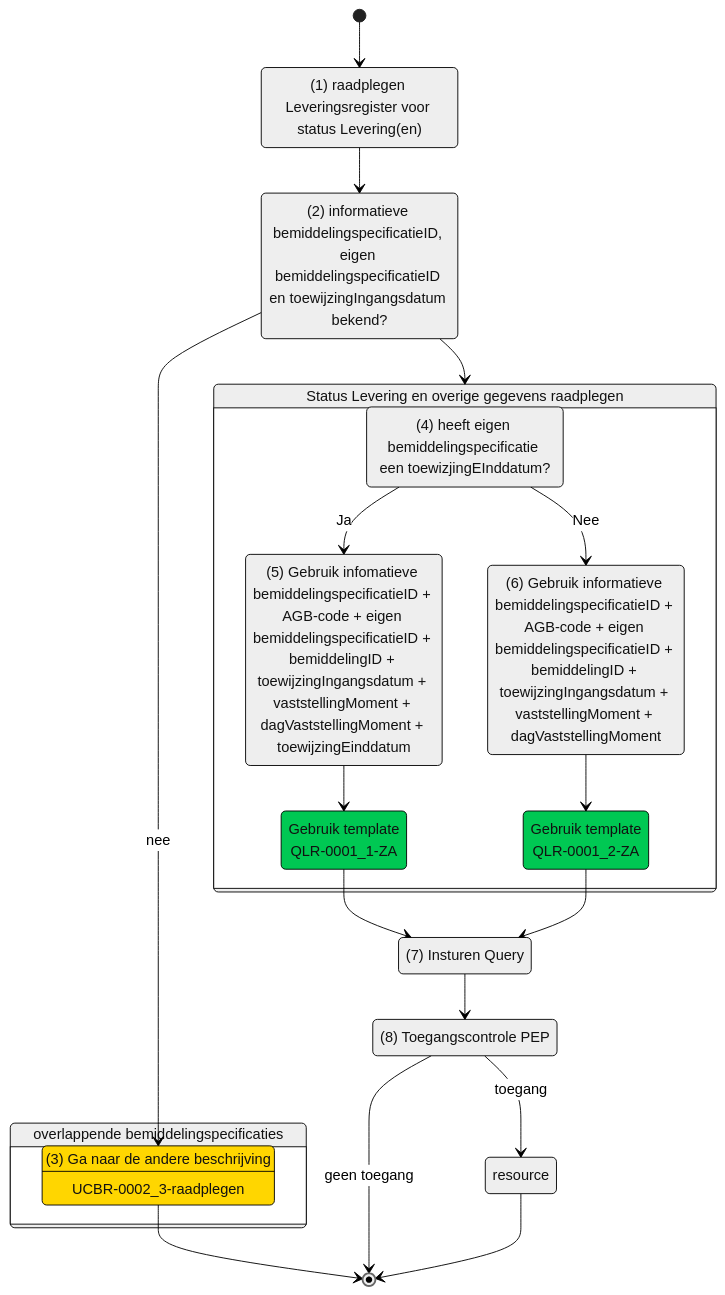
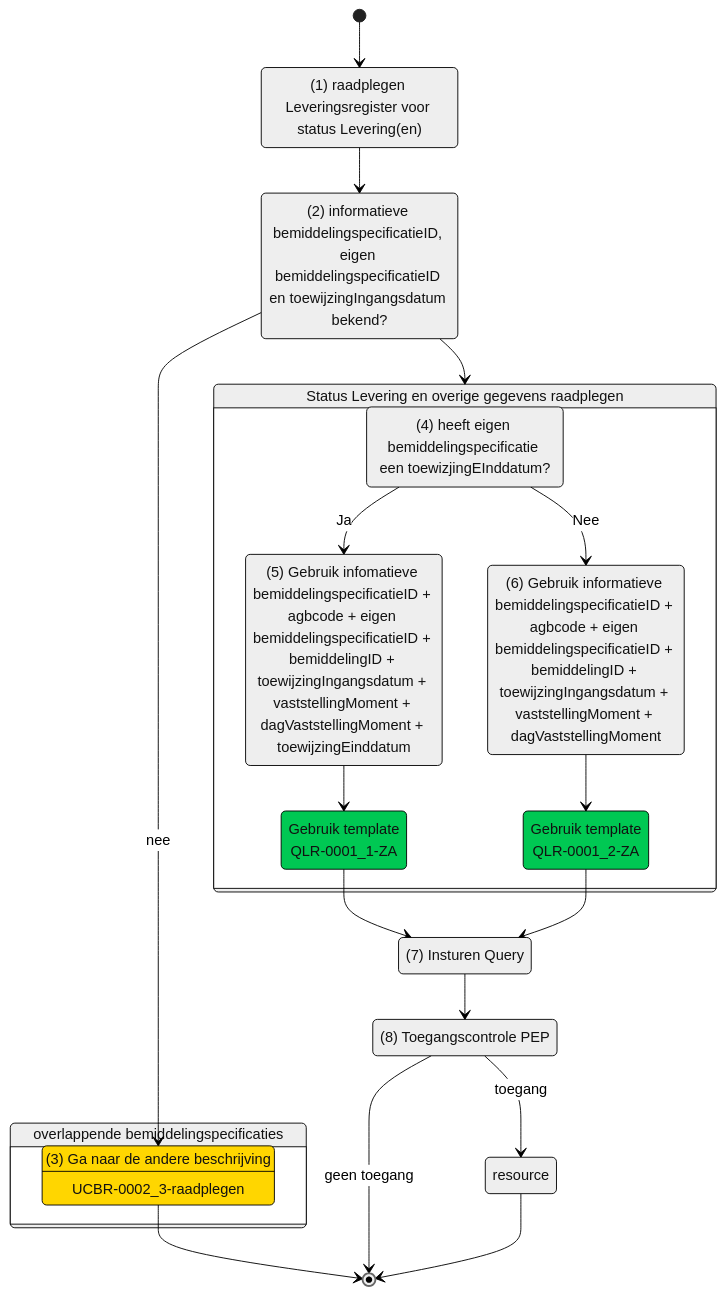
The second of 2 diagrams in raadplegen/aanbieder/UCLR-0001-raadplegen.md (iStandaarden/iWlz-levering), drawn with Mermaid before and after one commit. The commit also changed other lines of this file and 3 other files, not shown here.

````diff
--- a/raadplegen/aanbieder/UCLR-0001-raadplegen.md
+++ b/raadplegen/aanbieder/UCLR-0001-raadplegen.md
@@ -55,52 +55,52 @@
 ```mermaid
 ---
 config:
   theme: neutral
   look: classic
 ---
 stateDiagram
   direction TB
   state bemiddelingspecificatie {
     direction TB
     notifyWait
   }
   state s3 {
     direction TB
     s6 --> raadplegen1:Ja
     s6 --> s4:Nee
     raadplegen1 --> query
     s4 --> s7
     s6
     raadplegen1
     s4
     query
     s7
   }
   [*] --> raadplegen
   raadplegen --> idAvailable
   idAvailable --> notifyWait:nee
   notifyWait --> [*]
   query --> SENT
   SENT --> PEP
   PEP --> [*]:geen toegang
   PEP --> resource:toegang
   resource --> [*]
   idAvailable --> s3
   s7 --> SENT
   bemiddelingspecificatie:overlappende bemiddelingspecificaties
   notifyWait:(3) Ga naar de andere beschrijving
 notifyWait:UCBR-0002_3-raadplegen
 
   s3:Status Levering en overige gegevens raadplegen
   s6:(4) heeft eigen bemiddelingspecificatie een toewizjingEInddatum?
-  raadplegen1:(5) Gebruik infomatieve bemiddelingspecificatieID + AGB-code + eigen bemiddelingspecificatieID + bemiddelingID + toewijzingIngangsdatum + vaststellingMoment + dagVaststellingMoment + toewijzingEinddatum
-  s4:(6) Gebruik informatieve bemiddelingspecificatieID + AGB-code + eigen bemiddelingspecificatieID + bemiddelingID + toewijzingIngangsdatum + vaststellingMoment + dagVaststellingMoment
+  raadplegen1:(5) Gebruik infomatieve bemiddelingspecificatieID + agbcode + eigen bemiddelingspecificatieID + bemiddelingID + toewijzingIngangsdatum + vaststellingMoment + dagVaststellingMoment + toewijzingEinddatum
+  s4:(6) Gebruik informatieve bemiddelingspecificatieID + agbcode + eigen bemiddelingspecificatieID + bemiddelingID + toewijzingIngangsdatum + vaststellingMoment + dagVaststellingMoment
   query:Gebruik template <br>QLR-0001_1-ZA
   s7:Gebruik template <br>QLR-0001_2-ZA
   raadplegen:(1) raadplegen Leveringsregister voor status Levering(en)
   idAvailable:(2) informatieve bemiddelingspecificatieID, eigen bemiddelingspecificatieID en toewijzingIngangsdatum bekend?
   SENT:(7) Insturen Query
   PEP:(8) Toegangscontrole PEP
   style notifyWait fill:#FFD600
   style query,s7 fill:#00C853
 ```
````
